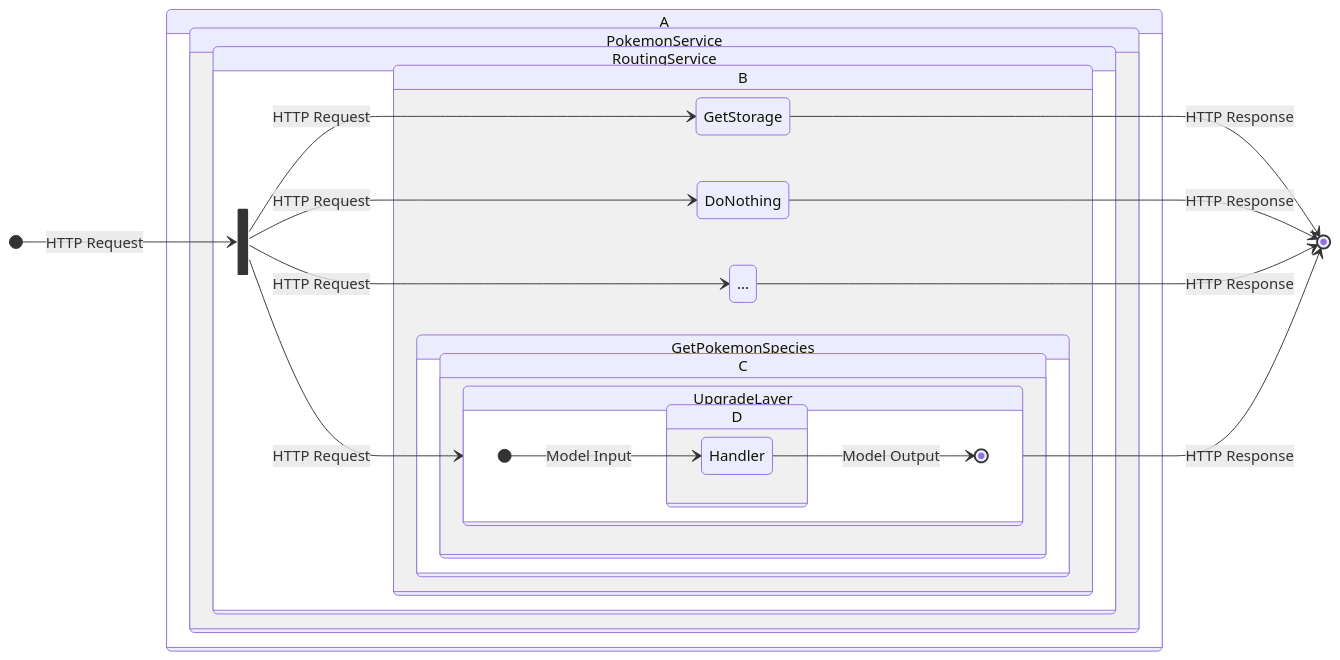
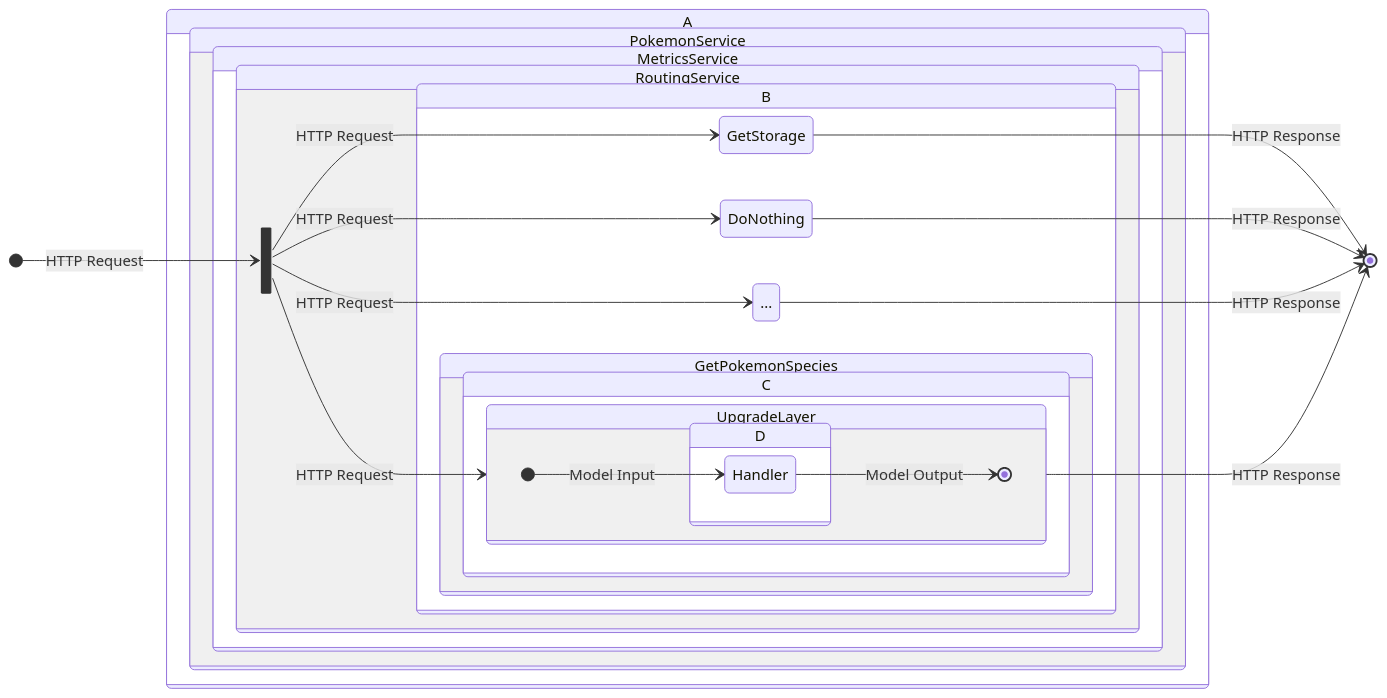
The diagram in design/src/server/middleware.md (smithy-lang/smithy-rs), drawn with Mermaid before and after one commit. The commit also changed other lines of this file and 15 other files, not shown here.

````diff
--- a/design/src/server/middleware.md
+++ b/design/src/server/middleware.md
@@ -92,41 +92,43 @@
 ```mermaid
 stateDiagram-v2
     state in <<fork>>
     state "GetPokemonSpecies" as C1
     state "GetStorage" as C2
     state "DoNothing" as C3
     state "..." as C4
     direction LR
     [*] --> in : HTTP Request
     UpgradeLayer --> [*]: HTTP Response
     state A {
         state PokemonService {
-            state RoutingService {
-                in --> UpgradeLayer: HTTP Request
-                in --> C2: HTTP Request
-                in --> C3: HTTP Request
-                in --> C4: HTTP Request
-                state B {
-                    state C1 {
-                        state C {
-                            state UpgradeLayer {
-                                direction LR
-                                [*] --> Handler: Model Input
-                                Handler --> [*] : Model Output
-                                state D {
-                                    Handler
+            state MetricsService {
+                state RoutingService {
+                    in --> UpgradeLayer: HTTP Request
+                    in --> C2: HTTP Request
+                    in --> C3: HTTP Request
+                    in --> C4: HTTP Request
+                    state B {
+                        state C1 {
+                            state C {
+                                state UpgradeLayer {
+                                    direction LR
+                                    [*] --> Handler: Model Input
+                                    Handler --> [*] : Model Output
+                                    state D {
+                                        Handler
+                                    }
                                 }
                             }
                         }
+                        C2
+                        C3
+                        C4
                     }
-                    C2
-                    C3
-                    C4
                 }
             }
         }
     }
     C2 --> [*]: HTTP Response
     C3 --> [*]: HTTP Response
     C4 --> [*]: HTTP Response
 ```
````
